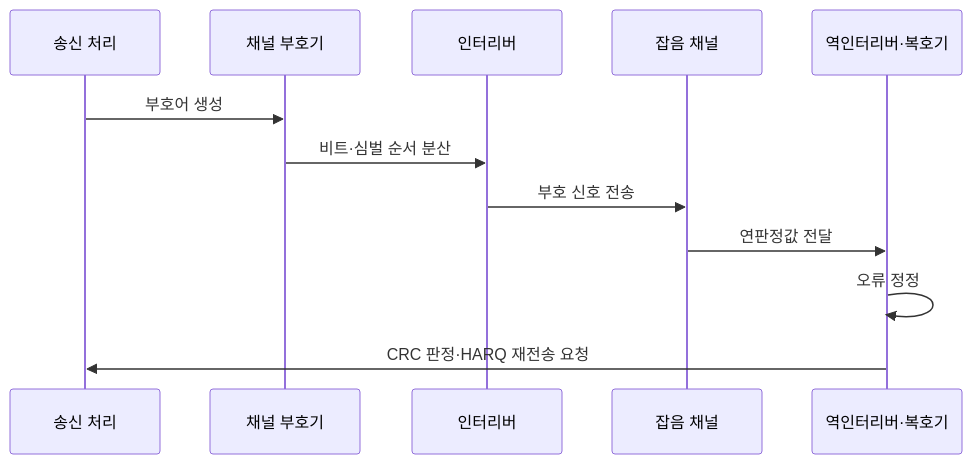
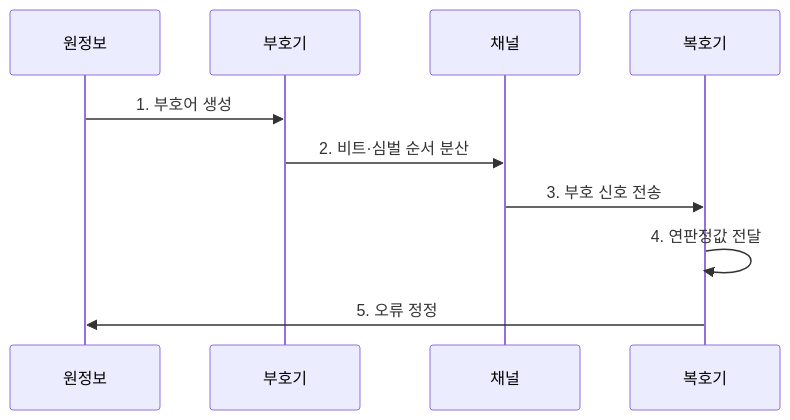
Before and after one commit to agnusdei1207/knowledge-base: the second of 2 diagrams in src/content/docs/notes/04-network/063_channel_coding.md, drawn with Mermaid. The commit also changed other lines of this file and 20 other files, not shown here.

````diff
--- a/src/content/docs/notes/04-network/063_channel_coding.md
+++ b/src/content/docs/notes/04-network/063_channel_coding.md
@@ -91,14 +85,12 @@
 ```mermaid
 sequenceDiagram
-    participant S as 송신 처리
-    participant E as 채널 부호기
-    participant I as 인터리버
-    participant C as 잡음 채널
-    participant D as 역인터리버·복호기
-    S->>E: 부호어 생성
-    E->>I: 비트·심벌 순서 분산
-    I->>C: 부호 신호 전송
-    C->>D: 연판정값 전달
-    D->>D: 오류 정정
-    D->>S: CRC 판정·HARQ 재전송 요청
+    participant 원정보
+    participant 부호기
+    participant 채널
+    participant 복호기
+    원정보->>부호기: 1. 부호어 생성
+    부호기->>채널: 2. 비트·심벌 순서 분산
+    채널->>복호기: 3. 부호 신호 전송
+    복호기->>복호기: 4. 연판정값 전달
+    복호기->>원정보: 5. 오류 정정
 ```
````
